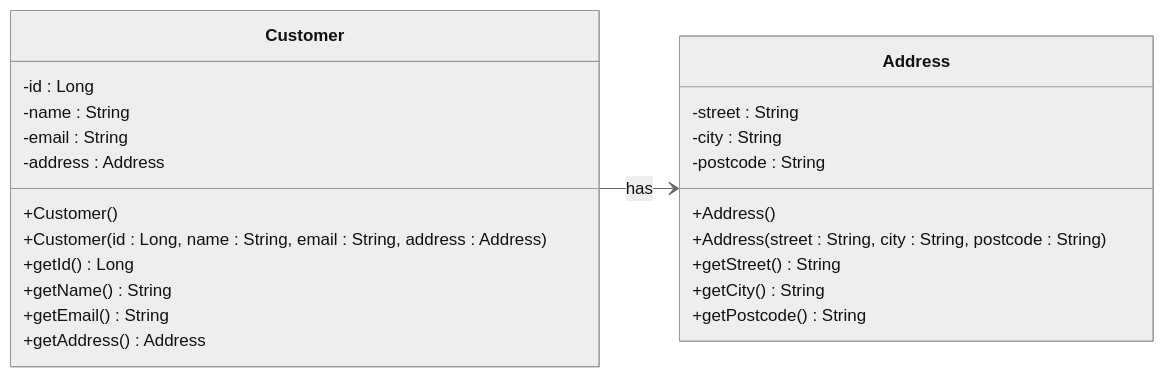
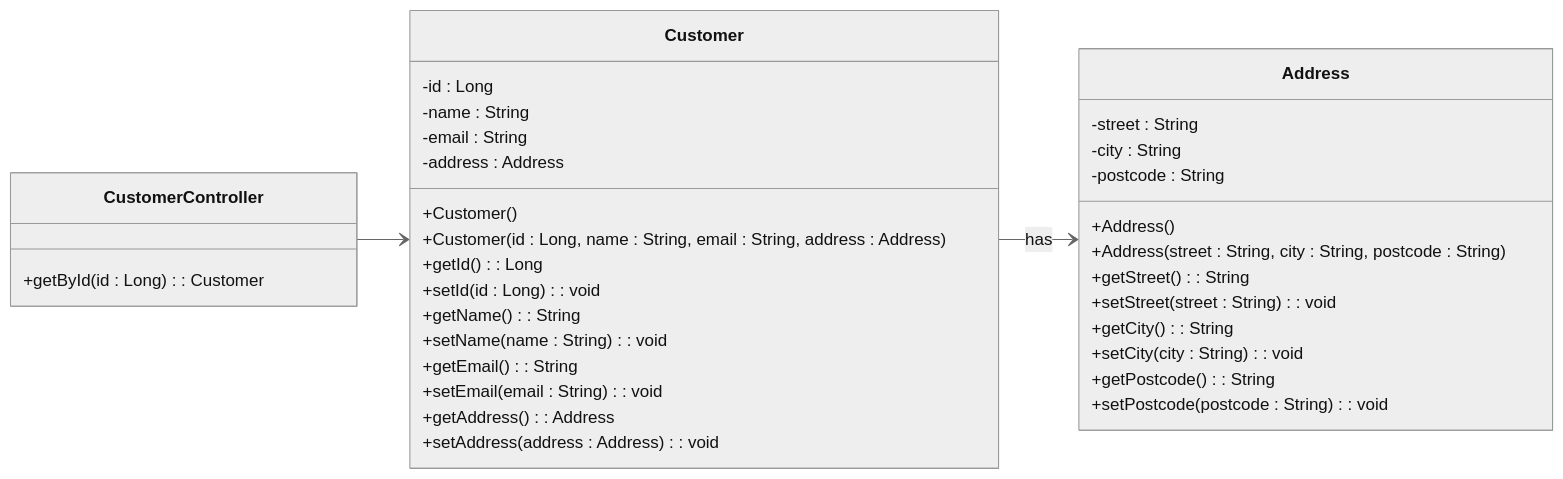
The diagram in products-api(Week2)/docs/uml/CustomerAddress.md (devirambudhathoki369/westminster_level_5_java), drawn with Mermaid (neutral theme) before and after one commit. The commit also changed 12 other files, not shown here.

````diff
--- a/products-api(Week2)/docs/uml/CustomerAddress.md
+++ b/products-api(Week2)/docs/uml/CustomerAddress.md
@@ -3,27 +3,42 @@
 ```mermaid
 classDiagram
     direction LR
+
     class Customer {
         -id : Long
         -name : String
         -email : String
         -address : Address
         +Customer()
         +Customer(id : Long, name : String, email : String, address : Address)
-        +getId() Long
-        +getName() String
-        +getEmail() String
-        +getAddress() Address
+        +getId() : Long
+        +setId(id : Long) : void
+        +getName() : String
+        +setName(name : String) : void
+        +getEmail() : String
+        +setEmail(email : String) : void
+        +getAddress() : Address
+        +setAddress(address : Address) : void
     }
+
     class Address {
         -street : String
         -city : String
         -postcode : String
         +Address()
         +Address(street : String, city : String, postcode : String)
-        +getStreet() String
-        +getCity() String
-        +getPostcode() String
+        +getStreet() : String
+        +setStreet(street : String) : void
+        +getCity() : String
+        +setCity(city : String) : void
+        +getPostcode() : String
+        +setPostcode(postcode : String) : void
     }
+
+    class CustomerController {
+        +getById(id : Long) : Customer
+    }
+
     Customer --> Address : has
+    CustomerController --> Customer
 ```
````
